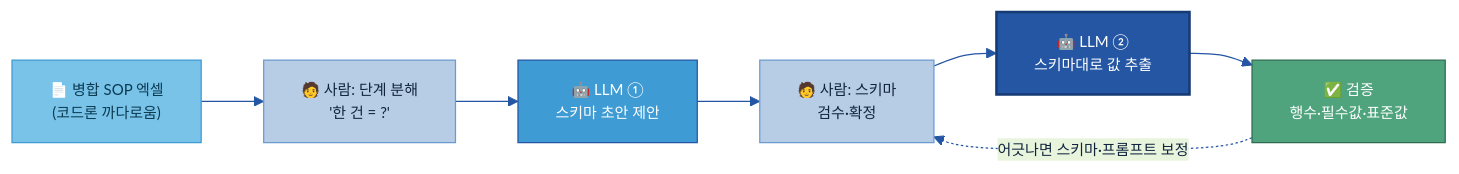
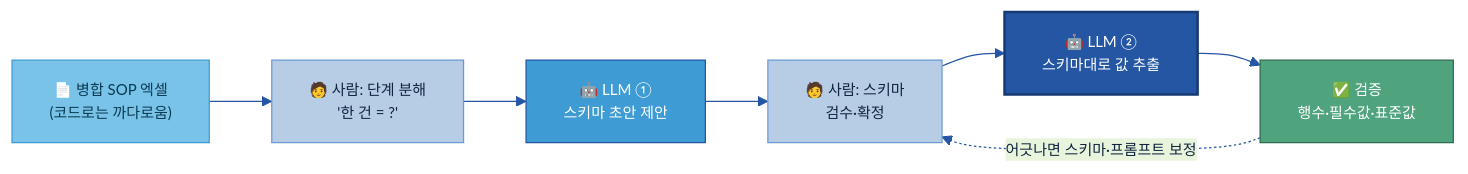
The sixth of 9 diagrams in 가이드 작성/B-1 데이터 전처리/B-1 데이터 전처리.md (jin-kearney/ai-ready-data-manual), drawn with Mermaid before and after one commit. The commit also changed other lines of this file and 1 other file, not shown here.

````diff
--- a/가이드 작성/B-1 데이터 전처리/B-1 데이터 전처리.md
+++ b/가이드 작성/B-1 데이터 전처리/B-1 데이터 전처리.md
@@ -563,17 +563,17 @@
 ```mermaid
 %%{init: {'theme':'base','themeVariables':{'primaryColor':'#DCE8F5','primaryBorderColor':'#2456A4','primaryTextColor':'#10243f','lineColor':'#2456A4','fontSize':'12px'}}}%%
 flowchart LR
-    DOC["📄 병합 SOP 엑셀<br/>(코드론 까다로움)"]:::src
+    DOC["📄 병합 SOP 엑셀<br/>(코드로는 까다로움)"]:::src
     H1["🧑 사람: 단계 분해<br/>'한 건 = ?'"]:::n
     P1["🤖 LLM ①<br/>스키마 초안 제안"]:::gate
     H2["🧑 사람: 스키마<br/>검수·확정"]:::n
     P2["🤖 LLM ②<br/>스키마대로 값 추출"]:::cat
     V["✅ 검증<br/>행수·필수값·표준값"]:::loop
     DOC --> H1 --> P1 --> H2 --> P2 --> V
     V -.어긋나면 스키마·프롬프트 보정.-> H2
     classDef n fill:#B7CDE6,stroke:#6B9AD1,color:#10243f;
     classDef src fill:#79C3E8,stroke:#3F9BD4,color:#0b3a52;
     classDef cat fill:#2456A4,color:#fff,stroke:#163a73,stroke-width:2px;
     classDef gate fill:#3F9BD4,stroke:#2456A4,color:#fff;
     classDef loop fill:#4FA47D,stroke:#2f6b50,color:#fff;
 ```
````
